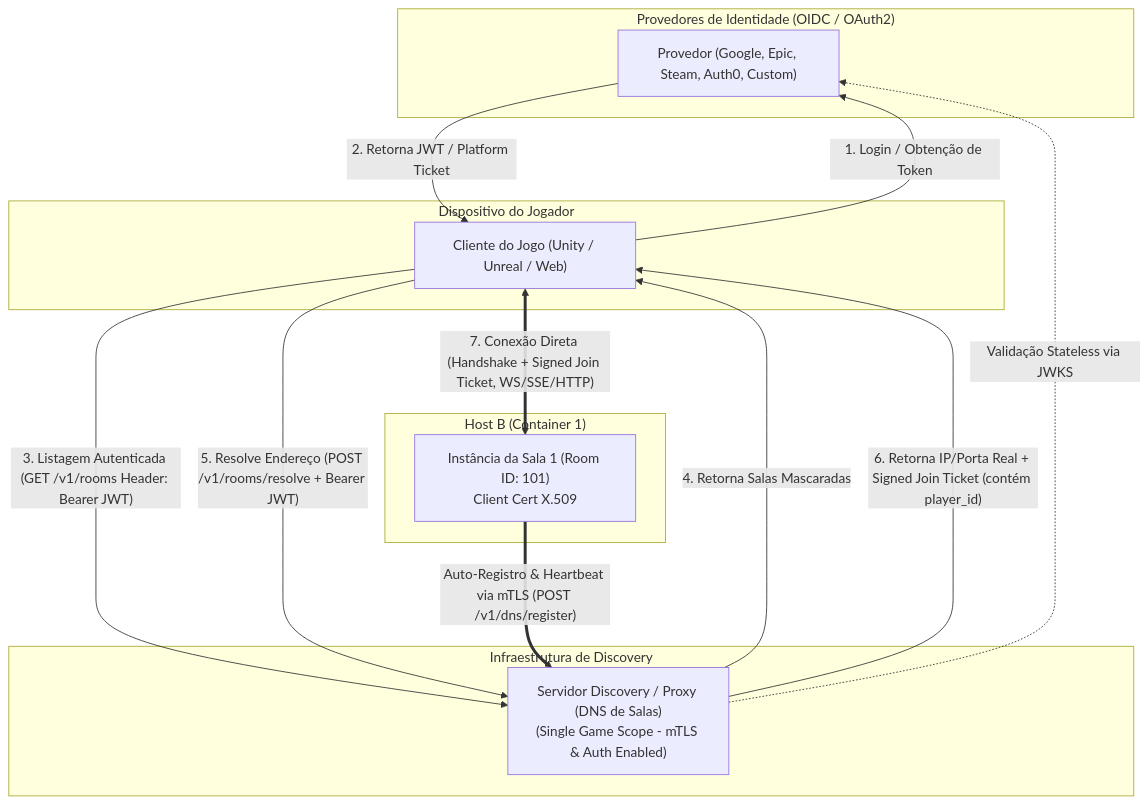
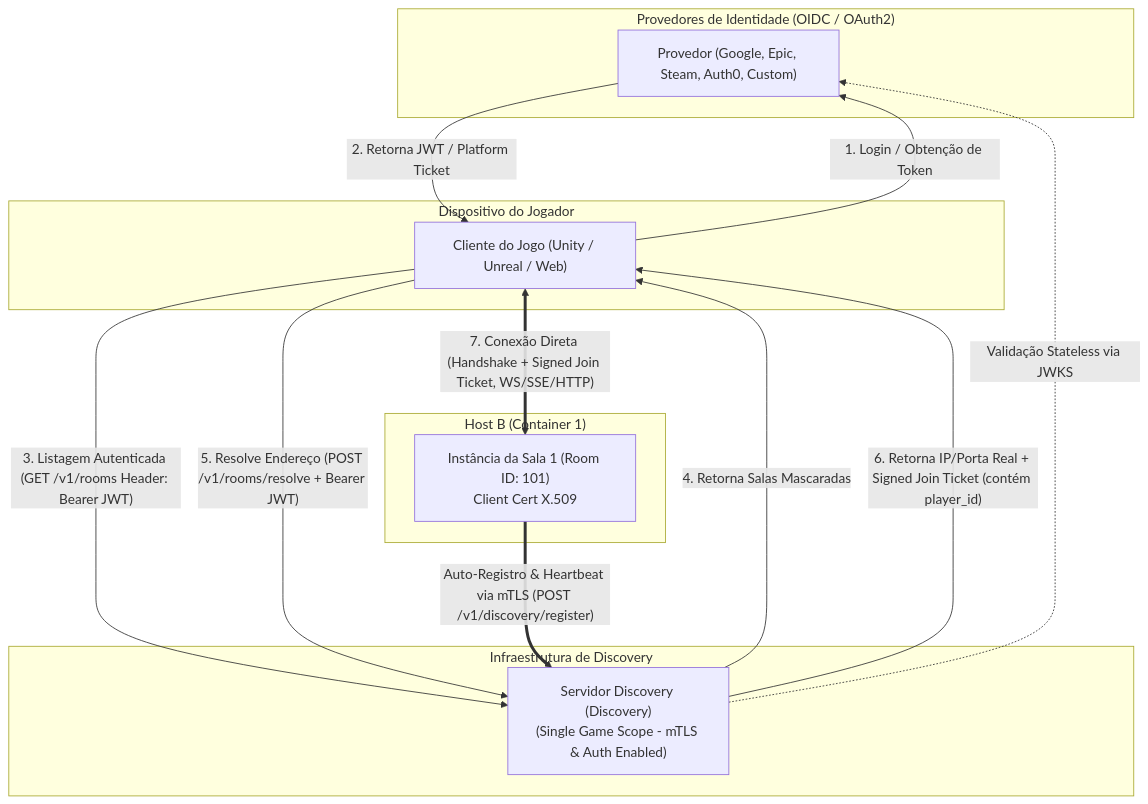
The first of 2 diagrams in prd/discovery.md (eleven-two-digital/open-game-server), drawn with Mermaid before and after one commit. The commit also changed other lines of this file and 25 other files, not shown here.

````diff
--- a/prd/discovery.md
+++ b/prd/discovery.md
@@ -22,32 +33,32 @@
 ```mermaid
 graph TD
     subgraph Identity_Providers["Provedores de Identidade (OIDC / OAuth2)"]
         IdP["Provedor (Google, Epic, Steam, Auth0, Custom)"]
     end
 
     subgraph Host_B["Host B (Container 1)"]
         R1["Instância da Sala 1 (Room ID: 101)<br/>Client Cert X.509"]
     end
 
     subgraph Infra_Discovery["Infraestrutura de Discovery"]
-        DNS["Servidor Discovery / Proxy (DNS de Salas)<br/>(Single Game Scope - mTLS & Auth Enabled)"]
+        DNS["Servidor Discovery (Discovery)<br/>(Single Game Scope - mTLS & Auth Enabled)"]
     end
 
     subgraph Cliente_Game["Dispositivo do Jogador"]
         C["Cliente do Jogo (Unity / Unreal / Web)"]
     end
 
     C -- "1. Login / Obtenção de Token" --> IdP
     IdP -- "2. Retorna JWT / Platform Ticket" --> C
 
-    R1 == "Auto-Registro & Heartbeat via mTLS (POST /v1/dns/register)" ==> DNS
+    R1 == "Auto-Registro & Heartbeat via mTLS (POST /v1/discovery/register)" ==> DNS
 
     C -- "3. Listagem Autenticada (GET /v1/rooms Header: Bearer JWT)" --> DNS
     DNS -. "Validação Stateless via JWKS" .-> IdP
     DNS -- "4. Retorna Salas Mascaradas" --> C
 
     C -- "5. Resolve Endereço (POST /v1/rooms/resolve + Bearer JWT)" --> DNS
     DNS -- "6. Retorna IP/Porta Real + Signed Join Ticket (contém player_id)" --> C
 
     C <== "7. Conexão Direta (Handshake + Signed Join Ticket, WS/SSE/HTTP)" ==> R1
 ```
````
